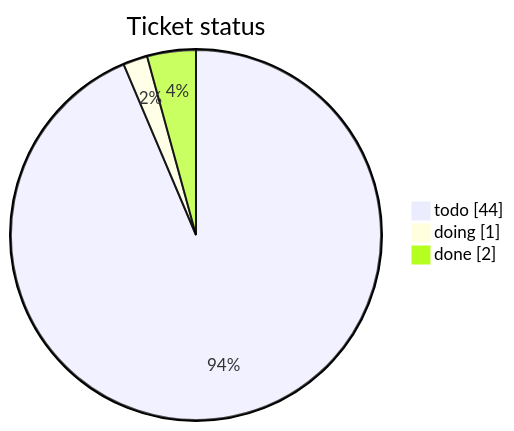
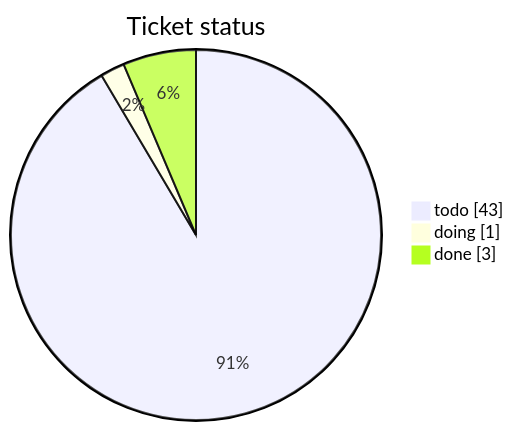
One commit to mohamed-soubhi/bootlab-esp changed the first of 3 diagrams in tickets/TICKETS.md. Above: the diagram before and after it, drawn with Mermaid. The commit also changed other lines of this file and 5 other files, not shown here.

````diff
--- a/tickets/TICKETS.md
+++ b/tickets/TICKETS.md
@@ -10,6 +10,6 @@
 ```mermaid
 pie showData title Ticket status
-    "todo" : 44
+    "todo" : 43
     "doing" : 1
-    "done" : 2
+    "done" : 3
 ```
````
